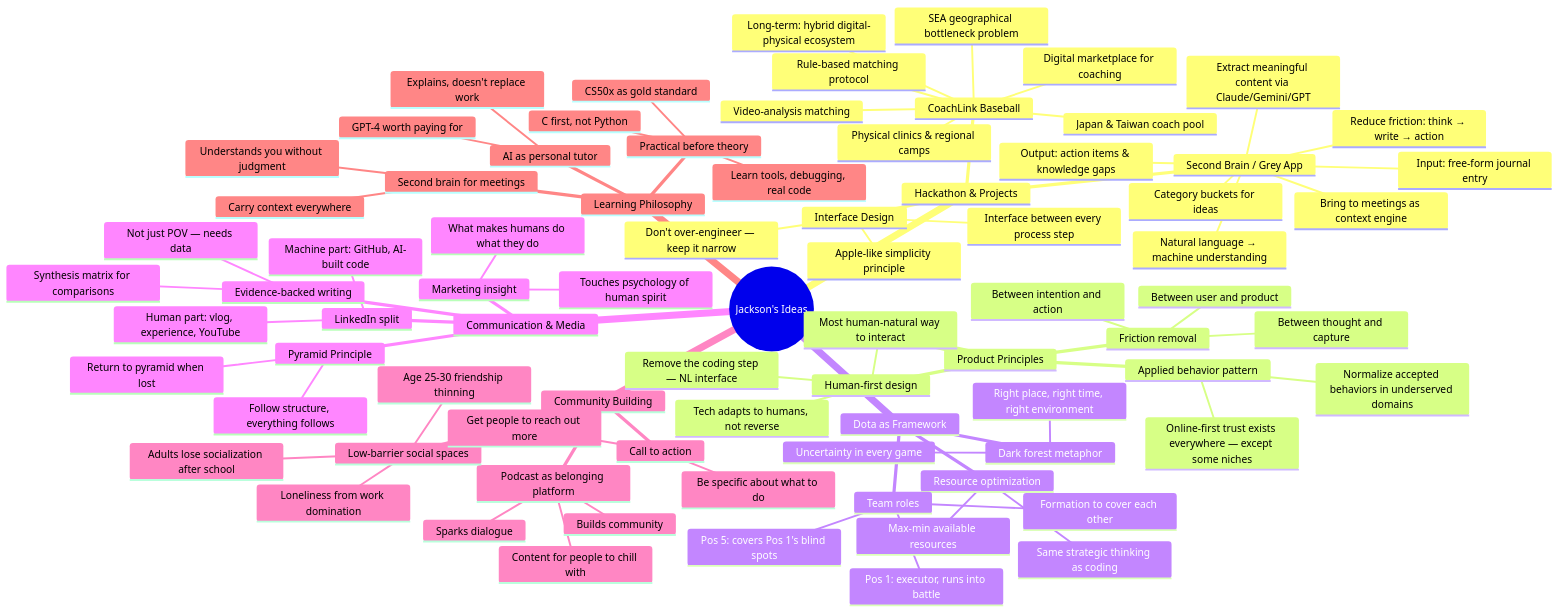
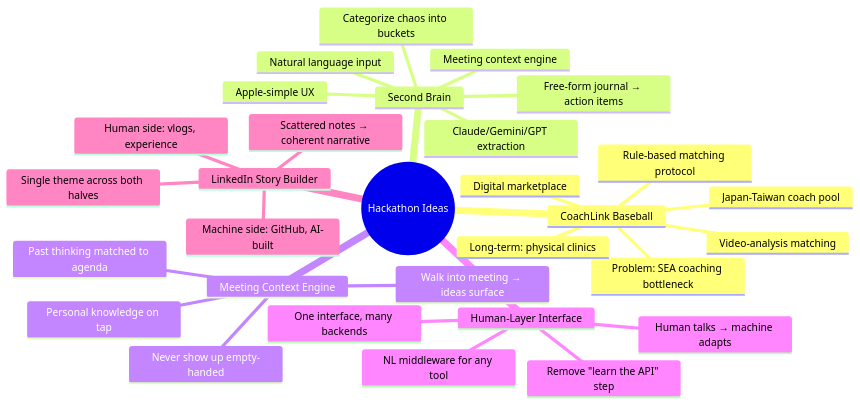
Before and after one commit to jacksonlohxt/opinions: the first of 6 diagrams in MINDMAP.md, drawn with Mermaid. The commit also changed other lines of this file, not shown here.

Commit message:
refactor: split mindmap into 6 focused categories + 5 hackathon pitch cards

````diff
--- a/MINDMAP.md
+++ b/MINDMAP.md
@@ -8,84 +14,33 @@
 ```mermaid
 mindmap
-  root((Jackson's Ideas))
-    Hackathon & Projects
-      CoachLink Baseball
-        Digital marketplace for coaching
-        Rule-based matching protocol
-        Video-analysis matching
-        Japan & Taiwan coach pool
-        SEA geographical bottleneck problem
-        Long-term: hybrid digital-physical ecosystem
-        Physical clinics & regional camps
-      Second Brain / Grey App
-        Input: free-form journal entry
-        Output: action items & knowledge gaps
-        Category buckets for ideas
-        Natural language → machine understanding
-        Bring to meetings as context engine
-        Extract meaningful content via Claude/Gemini/GPT
-        Reduce friction: think → write → action
-      Interface Design
-        Interface between every process step
-        Don't over-engineer — keep it narrow
-        Apple-like simplicity principle
-    Product Principles
-      Human-first design
-        Tech adapts to humans, not reverse
-        Remove the coding step — NL interface
-        Most human-natural way to interact
-      Friction removal
-        Between user and product
-        Between intention and action
-        Between thought and capture
-      Applied behavior pattern
-        Normalize accepted behaviors in underserved domains
-        Online-first trust exists everywhere — except some niches
-    Dota as Framework
-      Resource optimization
-        Max-min available resources
-        Same strategic thinking as coding
-      Team roles
-        Pos 5: covers Pos 1's blind spots
-        Pos 1: executor, runs into battle
-        Formation to cover each other
-      Dark forest metaphor
-        Uncertainty in every game
-        Right place, right time, right environment
-    Communication & Media
-      Pyramid Principle
-        Follow structure, everything follows
-        Return to pyramid when lost
-      Evidence-backed writing
-        Not just POV — needs data
-        Synthesis matrix for comparisons
-      Marketing insight
-        Touches psychology of human spirit
-        What makes humans do what they do
-      LinkedIn split
-        Human part: vlog, experience, YouTube
-        Machine part: GitHub, AI-built code
-    Community Building
-      Podcast as belonging platform
-        Sparks dialogue
-        Builds community
-        Content for people to chill with
-      Low-barrier social spaces
-        Adults lose socialization after school
-        Age 25-30 friendship thinning
-        Loneliness from work domination
-      Call to action
-        Get people to reach out more
-        Be specific about what to do
-    Learning Philosophy
-      Practical before theory
-        CS50x as gold standard
-        C first, not Python
-        Learn tools, debugging, real code
-      AI as personal tutor
-        GPT-4 worth paying for
-        Explains, doesn't replace work
-      Second brain for meetings
-        Carry context everywhere
-        Understands you without judgment
+  root((Hackathon Ideas))
+    CoachLink Baseball
+      Problem: SEA coaching bottleneck
+      Digital marketplace
+      Video-analysis matching
+      Japan-Taiwan coach pool
+      Rule-based matching protocol
+      Long-term: physical clinics
+    Second Brain
+      Free-form journal → action items
+      Natural language input
+      Meeting context engine
+      Categorize chaos into buckets
+      Claude/Gemini/GPT extraction
+      Apple-simple UX
+    Meeting Context Engine
+      Walk into meeting → ideas surface
+      Past thinking matched to agenda
+      Never show up empty-handed
+      Personal knowledge on tap
+    Human-Layer Interface
+      NL middleware for any tool
+      Remove "learn the API" step
+      Human talks → machine adapts
+      One interface, many backends
+    LinkedIn Story Builder
+      Scattered notes → coherent narrative
+      Human side: vlogs, experience
+      Machine side: GitHub, AI-built
+      Single theme across both halves
 ```
````
